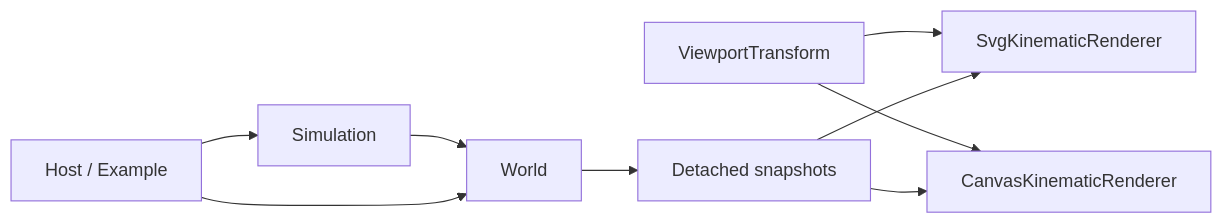
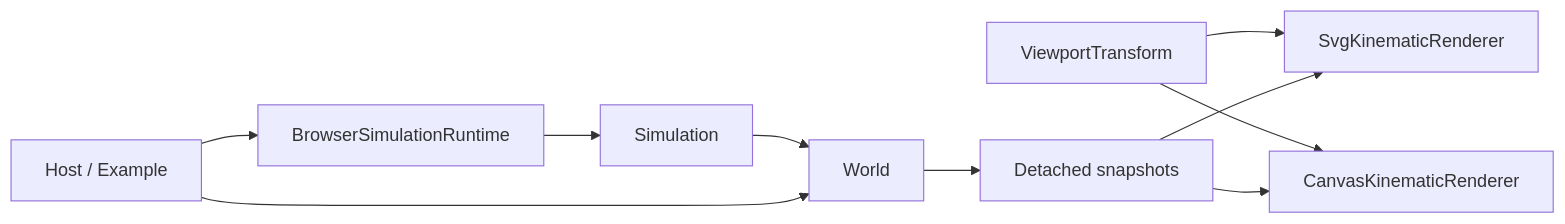
Before and after one commit to fa-ribeiro/vLab2D: the first of 22 diagrams in docs/architecture/README.md, drawn with Mermaid. The commit also changed other lines of this file and 10 other files, not shown here.

Commit message:
refactor(runtime): extract browser simulation loop

````diff
--- a/docs/architecture/README.md
+++ b/docs/architecture/README.md
@@ -26,24 +26,26 @@
 ```mermaid
 flowchart LR
     HOST["Host / Example"]
+    RUNTIME["BrowserSimulationRuntime"]
     SIM["Simulation"]
 
     WORLD["World"]
     SNAP["Detached snapshots"]
 
     TRANSFORM["ViewportTransform"]
     SVG["SvgKinematicRenderer"]
     CANVAS["CanvasKinematicRenderer"]
 
-    HOST --> SIM
+    HOST --> RUNTIME
+    RUNTIME --> SIM
     SIM --> WORLD
 
     HOST --> WORLD
     WORLD --> SNAP
 
     TRANSFORM --> SVG
     TRANSFORM --> CANVAS
 
     SNAP --> SVG
     SNAP --> CANVAS
 ```
````
